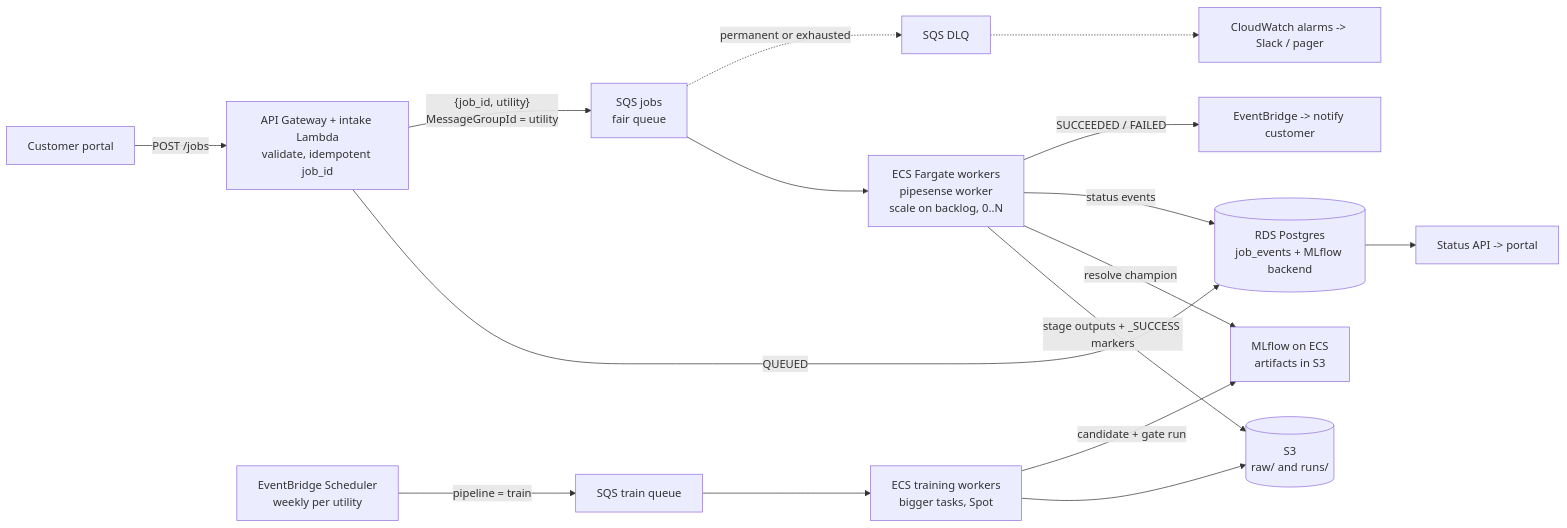
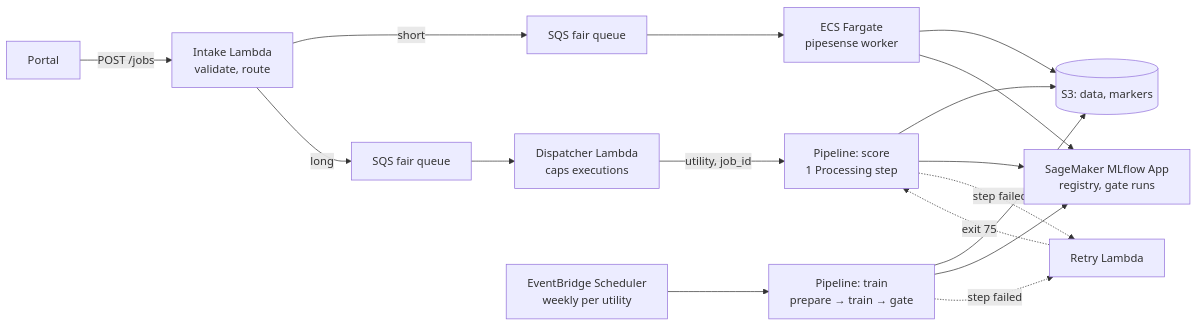
One commit to GiwrgosTriantis/pipesense changed the diagram in DESIGN.md. Above: the diagram before and after it, drawn with Mermaid. The commit also changed other lines of this file and 2 other files, not shown here.

First line of the commit message:
Rework DESIGN.md for SageMaker as the execution layer

````diff
--- a/DESIGN.md
+++ b/DESIGN.md
@@ -6,18 +6,11 @@
 ```mermaid
 flowchart LR
-  P[Customer portal] -->|POST /jobs| I[API Gateway + intake Lambda<br/>validate, idempotent job_id]
-  I -->|QUEUED| DB[(RDS Postgres<br/>job_events + MLflow backend)]
-  I -->|"{job_id, utility}"<br/>MessageGroupId = utility| Q[SQS jobs<br/>fair queue]
-  S[EventBridge Scheduler<br/>weekly per utility] -->|pipeline = train| QT[SQS train queue]
-  Q --> W[ECS Fargate workers<br/>pipesense worker<br/>scale on backlog, 0..N]
-  QT --> WT[ECS training workers<br/>bigger tasks, Spot]
-  W -->|stage outputs + _SUCCESS markers| S3[(S3<br/>raw/ and runs/)]
-  WT --> S3
-  W -->|resolve champion| ML[MLflow on ECS<br/>artifacts in S3]
-  WT -->|candidate + gate run| ML
-  W -->|status events| DB
-  W -->|SUCCEEDED / FAILED| EB[EventBridge -> notify customer]
-  Q -.->|permanent or exhausted| DLQ[SQS DLQ]
-  DLQ -.-> AL[CloudWatch alarms -> Slack / pager]
-  DB --> ST[Status API -> portal]
+  P[Portal] -->|POST /jobs| I[Intake Lambda<br/>validate, route]
+  I -->|short| QS[SQS fair queue] --> W[ECS Fargate<br/>pipesense worker]
+  I -->|long| QL[SQS fair queue] --> D[Dispatcher Lambda<br/>caps executions]
+  D -->|utility, job_id| SP[Pipeline: score<br/>1 Processing step]
+  ES[EventBridge Scheduler<br/>weekly per utility] --> TP[Pipeline: train<br/>prepare → train → gate]
+  W & SP & TP --> S3[(S3: data, markers)]
+  W & SP & TP --> ML[SageMaker MLflow App<br/>registry, gate runs]
+  SP & TP -.->|step failed| R[Retry Lambda] -.->|exit 75| SP
 ```
````
